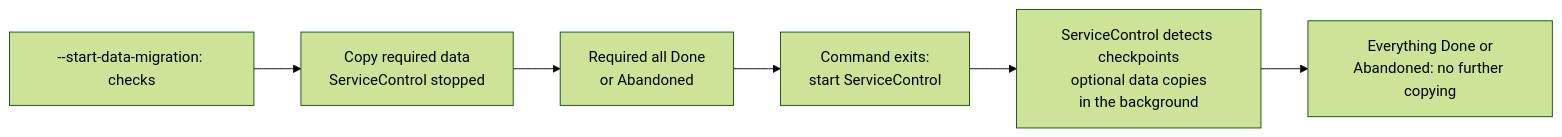
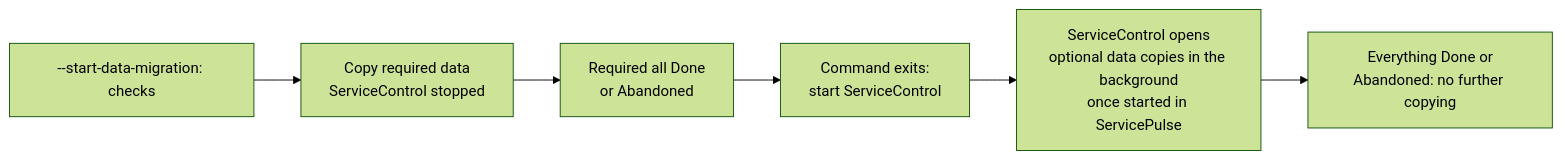
Before and after one commit to Particular/ServiceControl: the first of 5 diagrams in docs/migration/ravendb-to-sql-migration-overview.md, drawn with Mermaid (forest theme). The commit also changed other lines of this file and 148 other files, not shown here.

````diff
--- a/docs/migration/ravendb-to-sql-migration-overview.md
+++ b/docs/migration/ravendb-to-sql-migration-overview.md
@@ -26,7 +26,7 @@
 ```mermaid
 flowchart LR
     A["--start-data-migration: checks"] --> B["Copy required data<br/>ServiceControl stopped"]
     B --> V["Required all Done<br/>or Abandoned"] --> P["Command exits:<br/>start ServiceControl"]
-    P --> C["ServiceControl detects checkpoints<br/>optional data copies<br/>in the background"]
+    P --> C["ServiceControl opens<br/>optional data copies in the background<br/>once started in ServicePulse"]
     C --> D["Everything Done or<br/>Abandoned: no further copying"]
 ```
````
